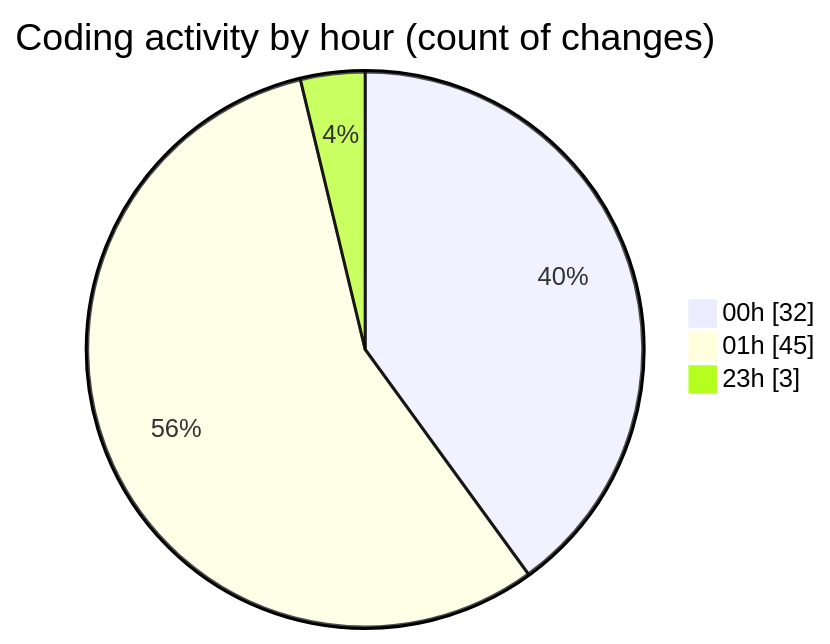
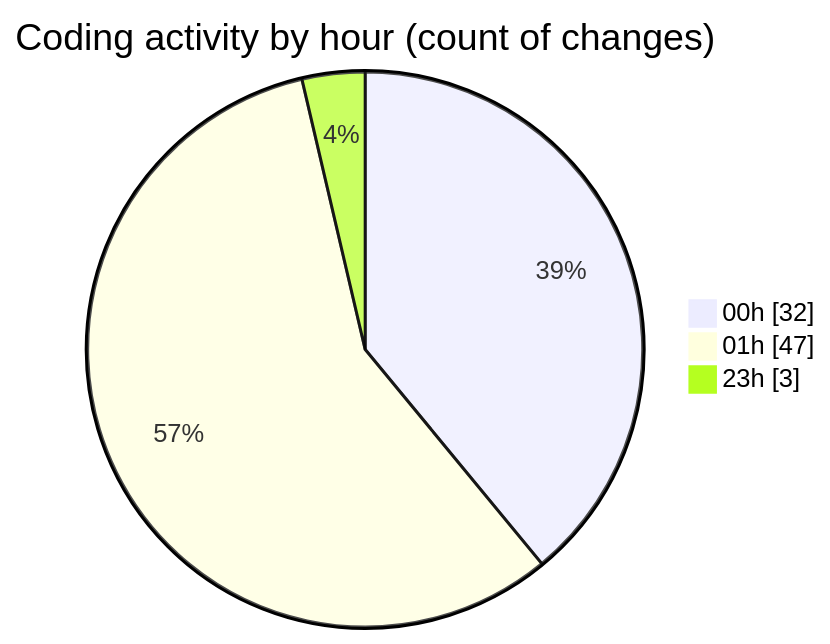
Before and after one commit to lephambinh05/code-tracking: the second of 2 diagrams in 2025-07-28/quanlyrapchieuphim-1/README.md, drawn with Mermaid. The commit also changed other lines of this file and 1 other file, not shown here.

````diff
--- a/2025-07-28/quanlyrapchieuphim-1/README.md
+++ b/2025-07-28/quanlyrapchieuphim-1/README.md
@@ -48,7 +48,7 @@
 ```mermaid
 pie showData
 title Coding activity by hour (count of changes)
 "00h" : 32
-"01h" : 45
+"01h" : 47
 "23h" : 3
 ```
````
